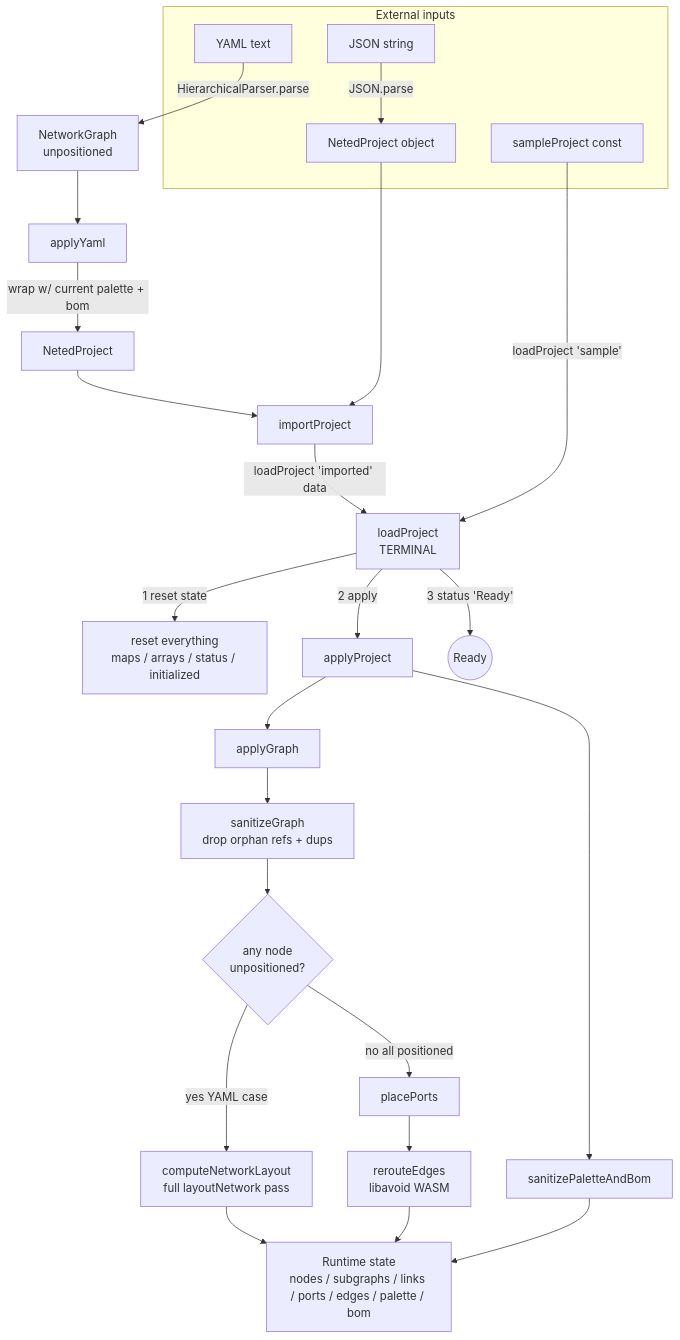
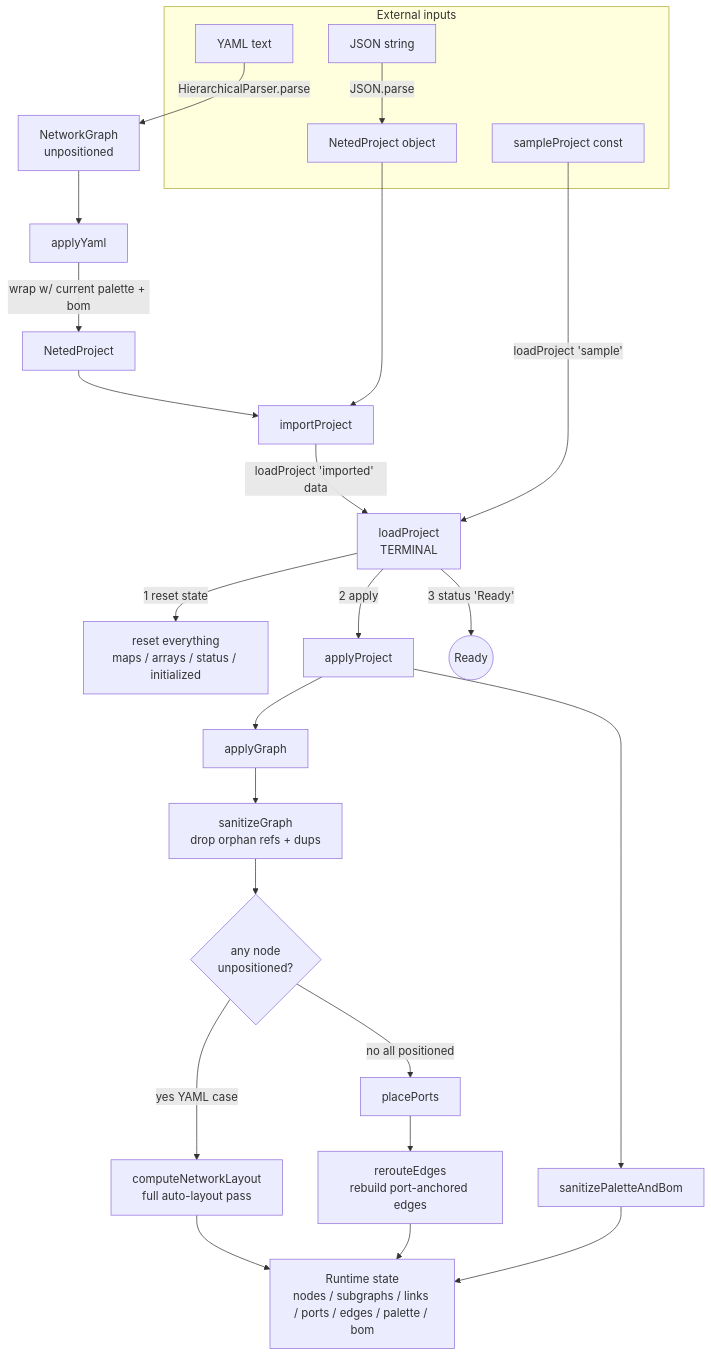
One commit to konoe-akitoshi/shumoku changed the second of 12 diagrams in docs/ARCHITECTURE.md. Above: the diagram before and after it, drawn with Mermaid. The commit also changed other lines of this file and 66 other files, not shown here.

````diff
--- a/docs/ARCHITECTURE.md
+++ b/docs/ARCHITECTURE.md
@@ -91,37 +93,37 @@
 ```mermaid
 flowchart TD
   subgraph EXT[External inputs]
     YT[YAML text]
     JSTR[JSON string]
     JOBJ[NetedProject object]
     SPF[sampleProject const]
   end
 
   YT -->|HierarchicalParser.parse| NG1[NetworkGraph<br/>unpositioned]
   NG1 --> APY[applyYaml]
   APY -->|wrap w/ current palette + bom| NP1[NetedProject]
   NP1 --> IPJ[importProject]
 
   JSTR -->|JSON.parse| JOBJ
   JOBJ --> IPJ
 
   IPJ -->|loadProject 'imported' data| LP
   SPF -->|loadProject 'sample'| LP
 
   LP[loadProject<br/>TERMINAL]
   LP -->|1 reset state| RST[reset everything<br/>maps / arrays / status / initialized]
   LP -->|2 apply| APP[applyProject]
   LP -->|3 status 'Ready'| READY((Ready))
 
   APP --> APG[applyGraph]
   APP --> SPB[sanitizePaletteAndBom]
 
   APG --> SG[sanitizeGraph<br/>drop orphan refs + dups]
   SG --> BR{any node<br/>unpositioned?}
-  BR -->|yes YAML case| FULL[computeNetworkLayout<br/>full layoutNetwork pass]
+  BR -->|yes YAML case| FULL[computeNetworkLayout<br/>full auto-layout pass]
   BR -->|no all positioned| PPS[placePorts]
   FULL --> STT
-  PPS --> REE[rerouteEdges<br/>libavoid WASM]
+  PPS --> REE[rerouteEdges<br/>rebuild port-anchored edges]
   REE --> STT
   SPB --> STT[Runtime state<br/>nodes / subgraphs / links / ports / edges / palette / bom]
 ```
````
